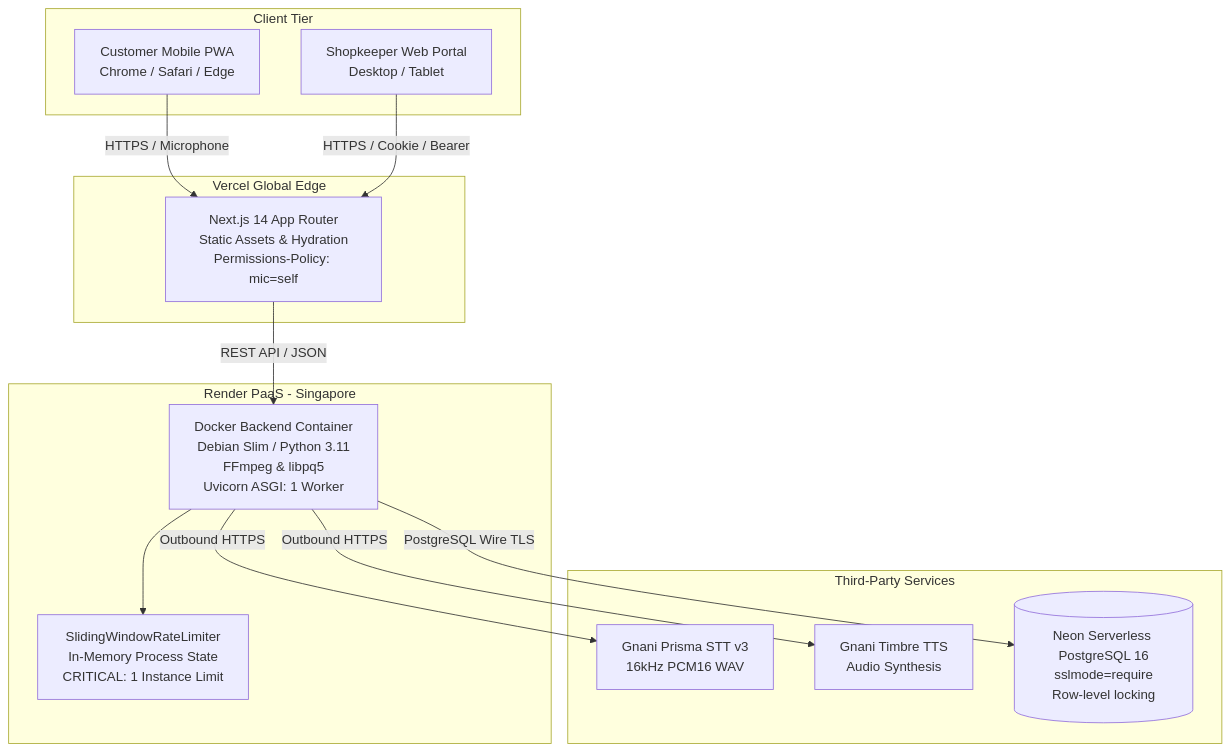
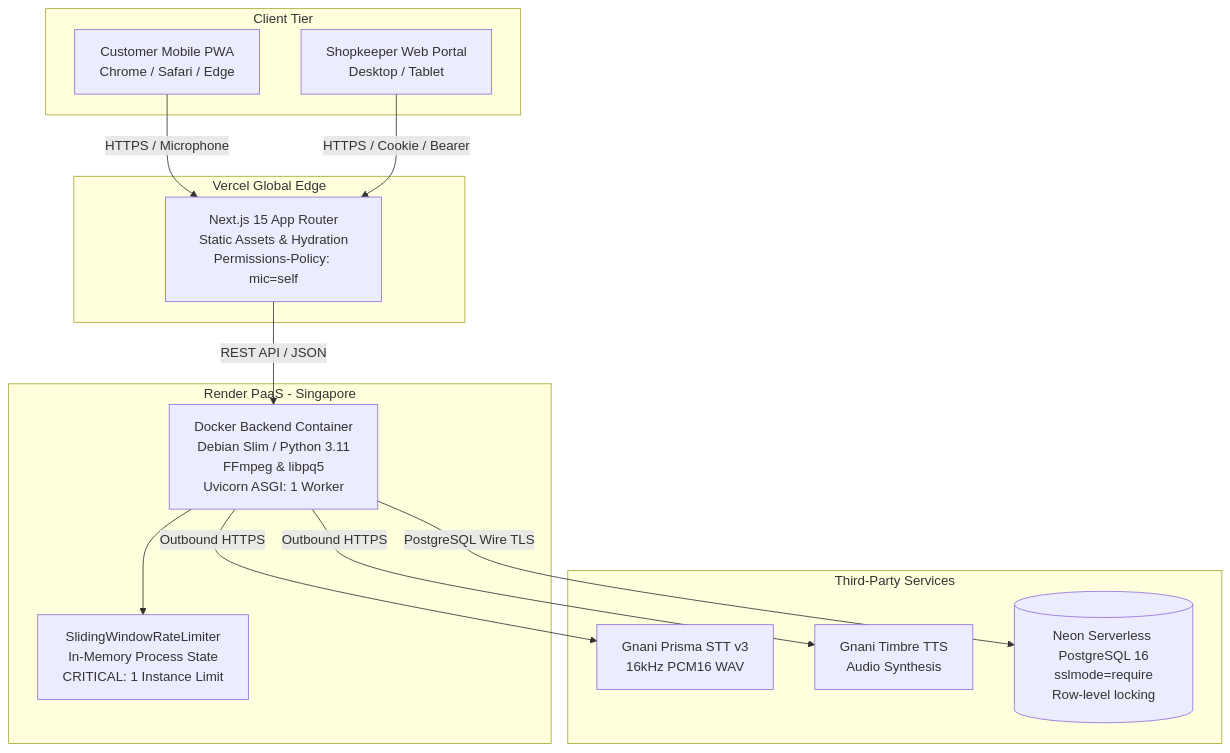
Before and after one commit to gautamhardik/gnani: the diagram in docs/RELEASE_MANIFEST.md, drawn with Mermaid. The commit also changed other lines of this file and 11 other files, not shown here.

````diff
--- a/docs/RELEASE_MANIFEST.md
+++ b/docs/RELEASE_MANIFEST.md
@@ -88,30 +86,30 @@
 ```mermaid
 flowchart TD
     subgraph Client_Tier [Client Tier]
         Cust[Customer Mobile PWA<br/>Chrome / Safari / Edge]
         Merch[Shopkeeper Web Portal<br/>Desktop / Tablet]
     end
 
     subgraph Vercel_Edge [Vercel Global Edge]
-        NextApp[Next.js 14 App Router<br/>Static Assets & Hydration<br/>Permissions-Policy: mic=self]
+        NextApp[Next.js 15 App Router<br/>Static Assets & Hydration<br/>Permissions-Policy: mic=self]
     end
 
     subgraph Render_Cloud [Render PaaS - Singapore]
         DockerCont[Docker Backend Container<br/>Debian Slim / Python 3.11<br/>FFmpeg & libpq5<br/>Uvicorn ASGI: 1 Worker]
         RateLimit[SlidingWindowRateLimiter<br/>In-Memory Process State<br/>CRITICAL: 1 Instance Limit]
     end
 
     subgraph External_Services [Third-Party Services]
         GnaniSTT[Gnani Prisma STT v3<br/>16kHz PCM16 WAV]
         GnaniTTS[Gnani Timbre TTS<br/>Audio Synthesis]
         NeonDB[(Neon Serverless PostgreSQL 16<br/>sslmode=require<br/>Row-level locking)]
     end
 
     Cust -->|HTTPS / Microphone| NextApp
     Merch -->|HTTPS / Cookie / Bearer| NextApp
     NextApp -->|REST API / JSON| DockerCont
     DockerCont --> RateLimit
     DockerCont -->|Outbound HTTPS| GnaniSTT
     DockerCont -->|Outbound HTTPS| GnaniTTS
     DockerCont -->|PostgreSQL Wire TLS| NeonDB
 ```
````
